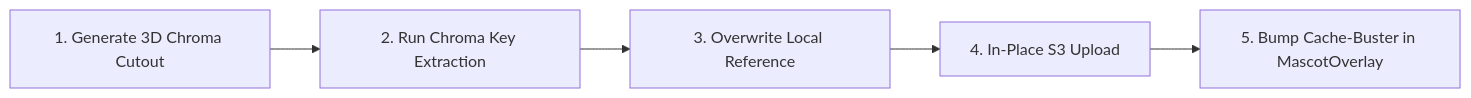
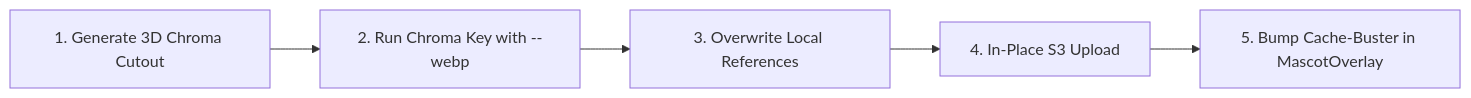
Before and after one commit to mstupp1/moltology: the second of 2 diagrams in .agents/skills/character-creator/SKILL.md, drawn with Mermaid. The commit also changed other lines of this file and 10 other files, not shown here.

Commit message:
feat: add WebP export support to chroma key script and migrate LandingPage assets to WebP format

````diff
--- a/.agents/skills/character-creator/SKILL.md
+++ b/.agents/skills/character-creator/SKILL.md
@@ -181,7 +189,7 @@
 ```mermaid
 flowchart LR
-    A[1. Generate 3D Chroma Cutout] --> B[2. Run Chroma Key Extraction]
-    B --> C[3. Overwrite Local Reference]
+    A[1. Generate 3D Chroma Cutout] --> B[2. Run Chroma Key with --webp]
+    B --> C[3. Overwrite Local References]
     C --> D[4. In-Place S3 Upload]
     D --> E[5. Bump Cache-Buster in MascotOverlay]
 ```
````
